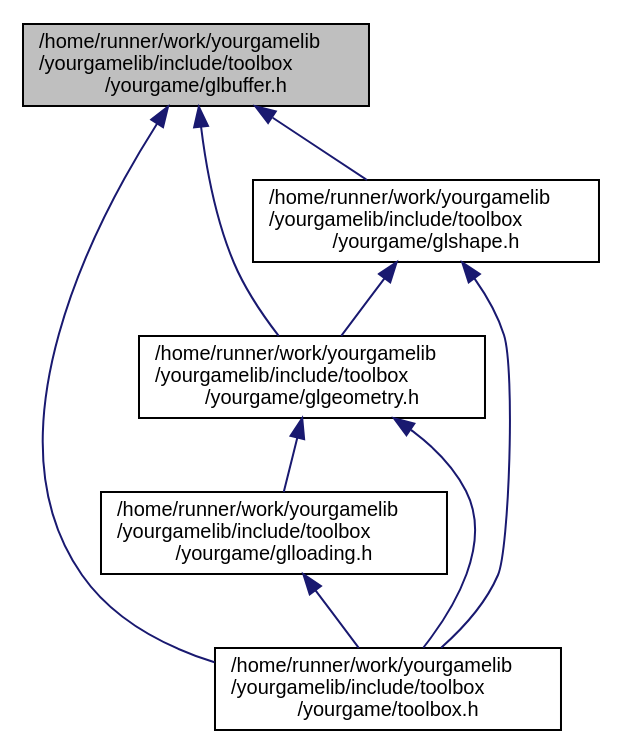
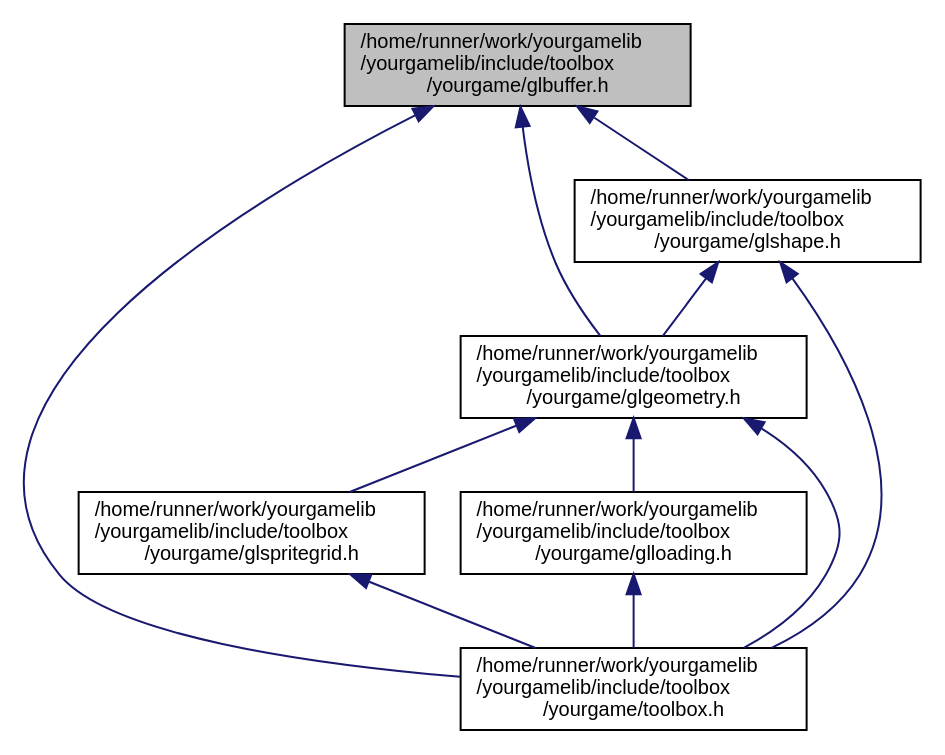
The diagram in glbuffer_8h__dep__incl.dot (duddel/yourgamelib), drawn with Graphviz before and after one commit. The commit also changed 64 other files, not shown here.

```diff
--- a/glbuffer_8h__dep__incl.dot
+++ b/glbuffer_8h__dep__incl.dot
@@ -1,18 +1,21 @@
 digraph "/home/runner/work/yourgamelib/yourgamelib/include/toolbox/yourgame/glbuffer.h"
 {
   edge [fontname="Helvetica",fontsize="10",labelfontname="Helvetica",labelfontsize="10"];
   node [fontname="Helvetica",fontsize="10",shape=record];
   Node2 [label="/home/runner/work/yourgamelib\l/yourgamelib/include/toolbox\l/yourgame/glbuffer.h",height=0.2,width=0.4,color="black", fillcolor="grey75", style="filled", fontcolor="black"];
   Node2 -> Node3 [dir="back",color="midnightblue",fontsize="10",style="solid",fontname="Helvetica"];
   Node3 [label="/home/runner/work/yourgamelib\l/yourgamelib/include/toolbox\l/yourgame/glgeometry.h",height=0.2,width=0.4,color="black", fillcolor="white", style="filled",URL="$glgeometry_8h.html"];
   Node3 -> Node4 [dir="back",color="midnightblue",fontsize="10",style="solid",fontname="Helvetica"];
   Node4 [label="/home/runner/work/yourgamelib\l/yourgamelib/include/toolbox\l/yourgame/glloading.h",height=0.2,width=0.4,color="black", fillcolor="white", style="filled",URL="$glloading_8h.html"];
   Node4 -> Node5 [dir="back",color="midnightblue",fontsize="10",style="solid",fontname="Helvetica"];
   Node5 [label="/home/runner/work/yourgamelib\l/yourgamelib/include/toolbox\l/yourgame/toolbox.h",height=0.2,width=0.4,color="black", fillcolor="white", style="filled",URL="$toolbox_8h.html"];
+  Node3 -> Node6 [dir="back",color="midnightblue",fontsize="10",style="solid",fontname="Helvetica"];
+  Node6 [label="/home/runner/work/yourgamelib\l/yourgamelib/include/toolbox\l/yourgame/glspritegrid.h",height=0.2,width=0.4,color="black", fillcolor="white", style="filled",URL="$glspritegrid_8h.html"];
+  Node6 -> Node5 [dir="back",color="midnightblue",fontsize="10",style="solid",fontname="Helvetica"];
   Node3 -> Node5 [dir="back",color="midnightblue",fontsize="10",style="solid",fontname="Helvetica"];
-  Node2 -> Node6 [dir="back",color="midnightblue",fontsize="10",style="solid",fontname="Helvetica"];
-  Node6 [label="/home/runner/work/yourgamelib\l/yourgamelib/include/toolbox\l/yourgame/glshape.h",height=0.2,width=0.4,color="black", fillcolor="white", style="filled",URL="$glshape_8h.html"];
-  Node6 -> Node3 [dir="back",color="midnightblue",fontsize="10",style="solid",fontname="Helvetica"];
-  Node6 -> Node5 [dir="back",color="midnightblue",fontsize="10",style="solid",fontname="Helvetica"];
+  Node2 -> Node7 [dir="back",color="midnightblue",fontsize="10",style="solid",fontname="Helvetica"];
+  Node7 [label="/home/runner/work/yourgamelib\l/yourgamelib/include/toolbox\l/yourgame/glshape.h",height=0.2,width=0.4,color="black", fillcolor="white", style="filled",URL="$glshape_8h.html"];
+  Node7 -> Node3 [dir="back",color="midnightblue",fontsize="10",style="solid",fontname="Helvetica"];
+  Node7 -> Node5 [dir="back",color="midnightblue",fontsize="10",style="solid",fontname="Helvetica"];
   Node2 -> Node5 [dir="back",color="midnightblue",fontsize="10",style="solid",fontname="Helvetica"];
 }
```
